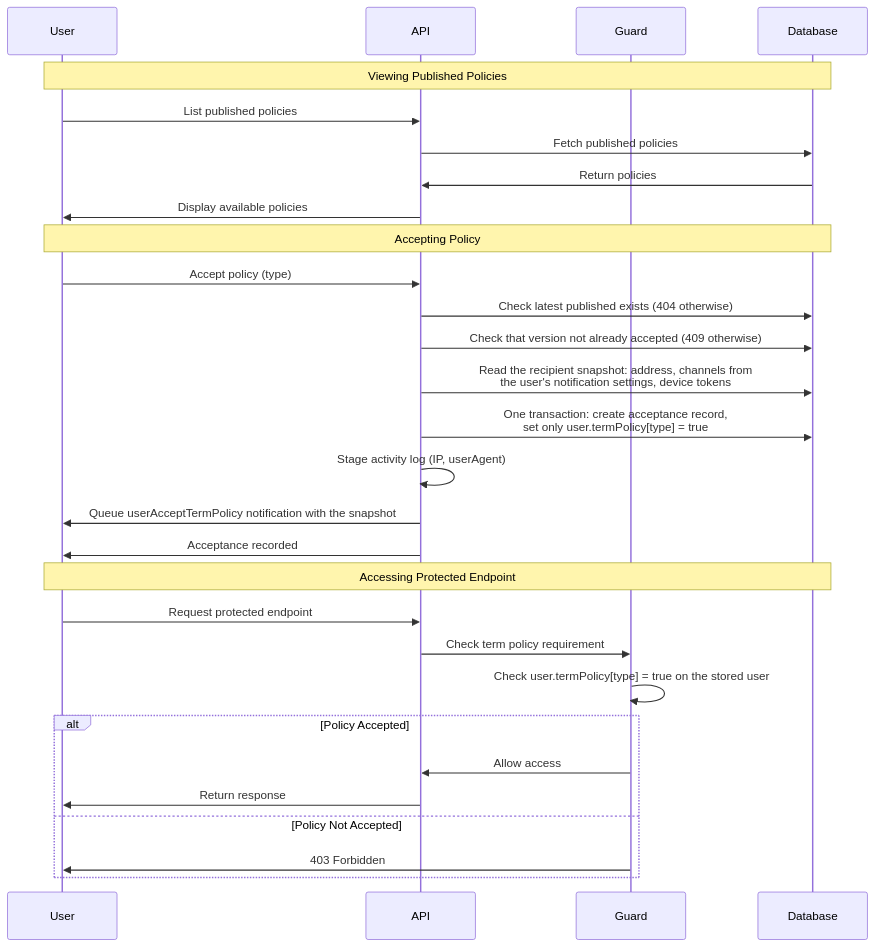
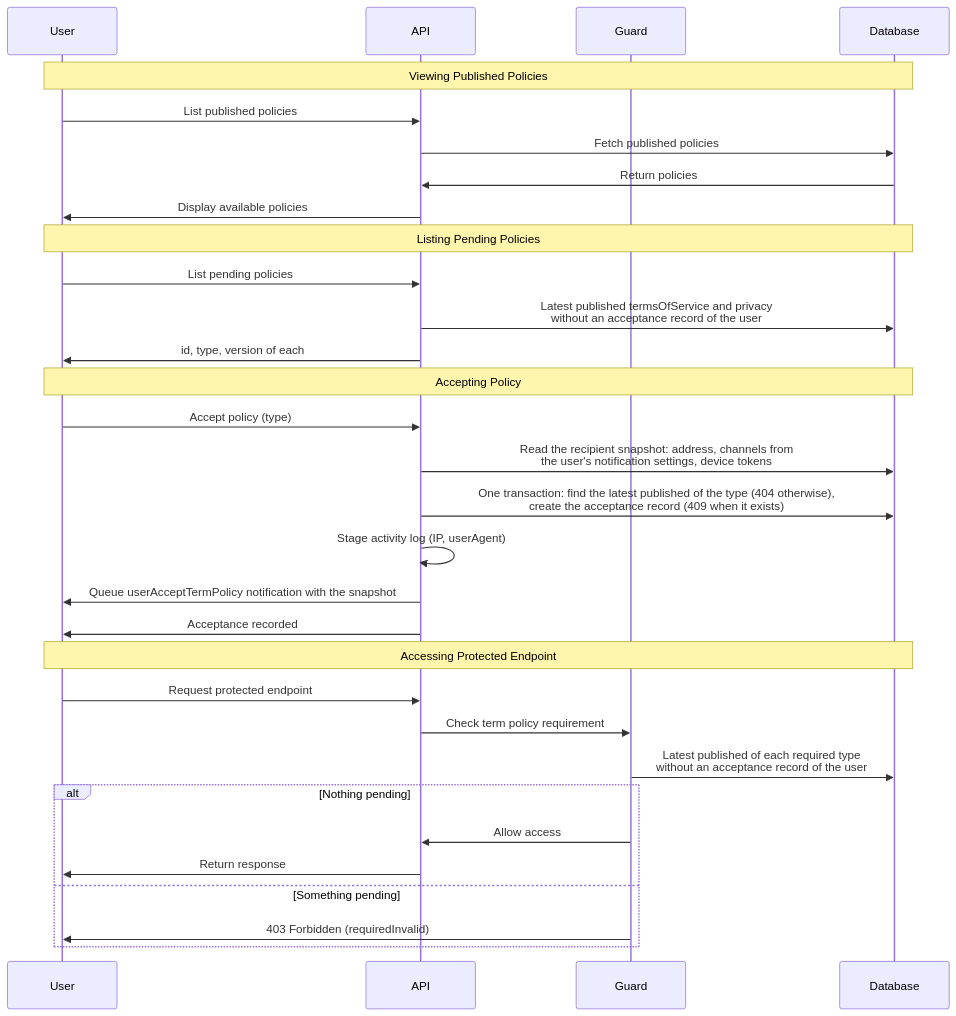
Before and after one commit to andrechristikan/ack-nestjs-boilerplate: the second of 3 diagrams in docs/term-policy.md, drawn with Mermaid. The commit also changed other lines of this file and 95 other files, not shown here.

Commit message:
feat(user): resend verification on unverified login and hold one signed-in user per device

````diff
--- a/docs/term-policy.md
+++ b/docs/term-policy.md
@@ -232,37 +240,41 @@
 ```mermaid
 sequenceDiagram
     participant User
     participant API
     participant Guard
     participant Database
 
     Note over User,Database: Viewing Published Policies
 
     User->>API: List published policies
     API->>Database: Fetch published policies
     Database->>API: Return policies
     API->>User: Display available policies
 
+    Note over User,Database: Listing Pending Policies
+
+    User->>API: List pending policies
+    API->>Database: Latest published termsOfService and privacy<br/>without an acceptance record of the user
+    API->>User: id, type, version of each
+
     Note over User,Database: Accepting Policy
 
     User->>API: Accept policy (type)
-    API->>Database: Check latest published exists (404 otherwise)
-    API->>Database: Check that version not already accepted (409 otherwise)
     API->>Database: Read the recipient snapshot: address, channels from<br/>the user's notification settings, device tokens
-    API->>Database: One transaction: create acceptance record,<br/>set only user.termPolicy[type] = true
+    API->>Database: One transaction: find the latest published of the type (404 otherwise),<br/>create the acceptance record (409 when it exists)
     API->>API: Stage activity log (IP, userAgent)
     API->>User: Queue userAcceptTermPolicy notification with the snapshot
     API->>User: Acceptance recorded
 
     Note over User,Database: Accessing Protected Endpoint
 
     User->>API: Request protected endpoint
     API->>Guard: Check term policy requirement
-    Guard->>Guard: Check user.termPolicy[type] = true on the stored user
-    alt Policy Accepted
+    Guard->>Database: Latest published of each required type<br/>without an acceptance record of the user
+    alt Nothing pending
         Guard->>API: Allow access
         API->>User: Return response
-    else Policy Not Accepted
-        Guard->>User: 403 Forbidden
+    else Something pending
+        Guard->>User: 403 Forbidden (requiredInvalid)
     end
 ```
````
